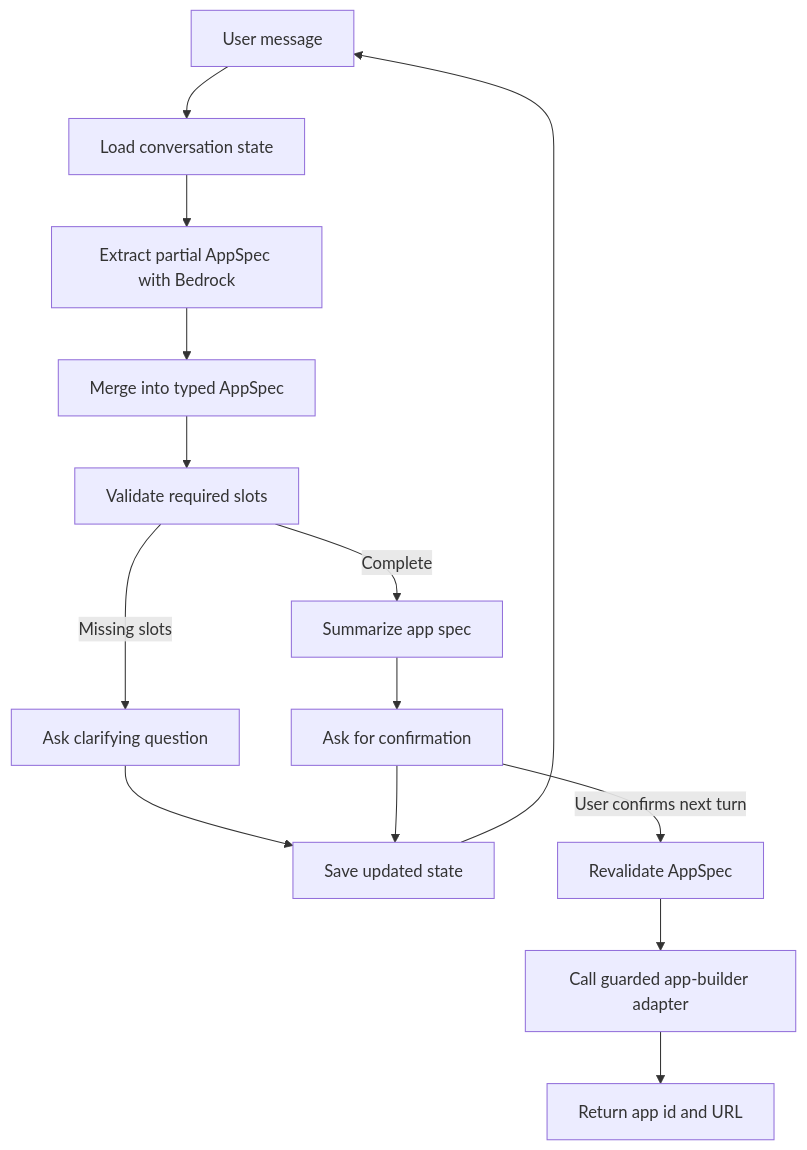
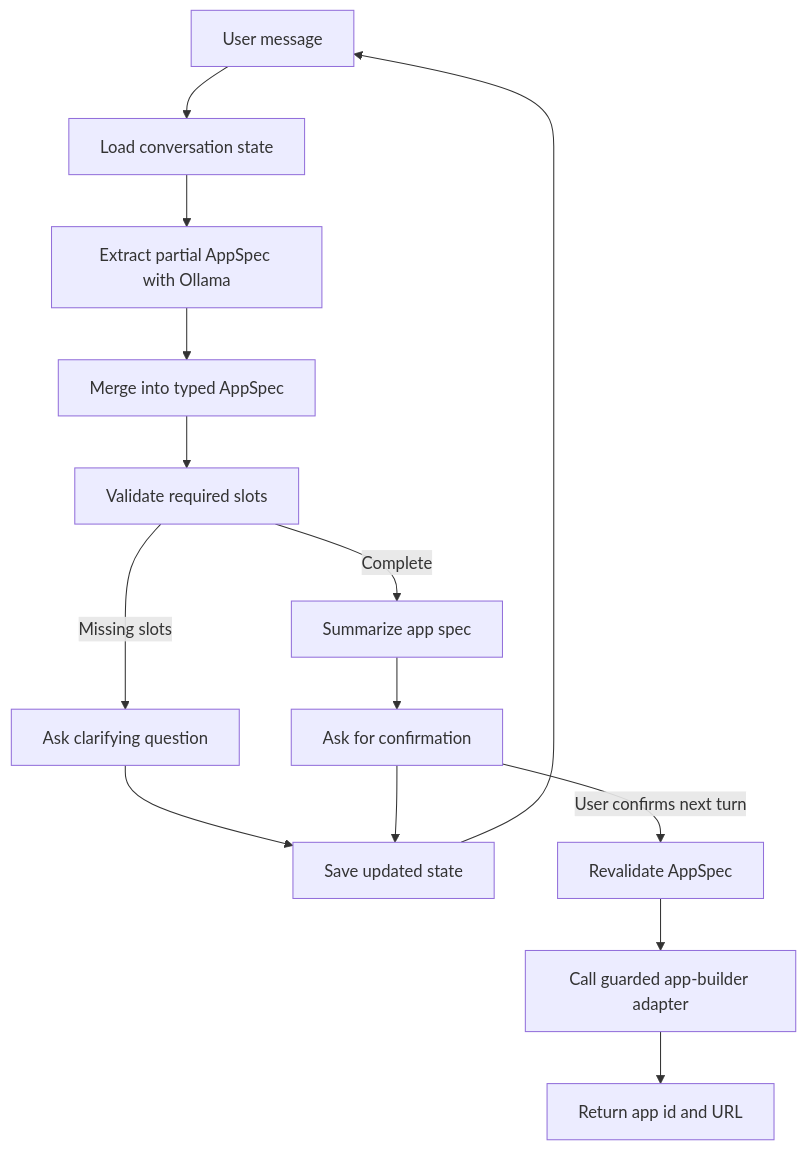
One commit to LiteObject/ai-chatbot-v2 changed the diagram in README.md. Above: the diagram before and after it, drawn with Mermaid. The commit also changed other lines of this file and 14 other files, not shown here.

First line of the commit message:
refactor: migrate chatbot from Amazon Bedrock to local Ollama

````diff
--- a/README.md
+++ b/README.md
@@ -22,16 +22,16 @@
 ```mermaid
 flowchart TD
 	A[User message] --> B[Load conversation state]
-	B --> C[Extract partial AppSpec with Bedrock]
+	B --> C[Extract partial AppSpec with Ollama]
 	C --> D[Merge into typed AppSpec]
 	D --> E[Validate required slots]
 	E -->|Missing slots| F[Ask clarifying question]
 	F --> G[Save updated state]
 	E -->|Complete| H[Summarize app spec]
 	H --> I[Ask for confirmation]
 	I --> G
 	G --> A
 	I -->|User confirms next turn| J[Revalidate AppSpec]
 	J --> K[Call guarded app-builder adapter]
 	K --> L[Return app id and URL]
 ```
````
